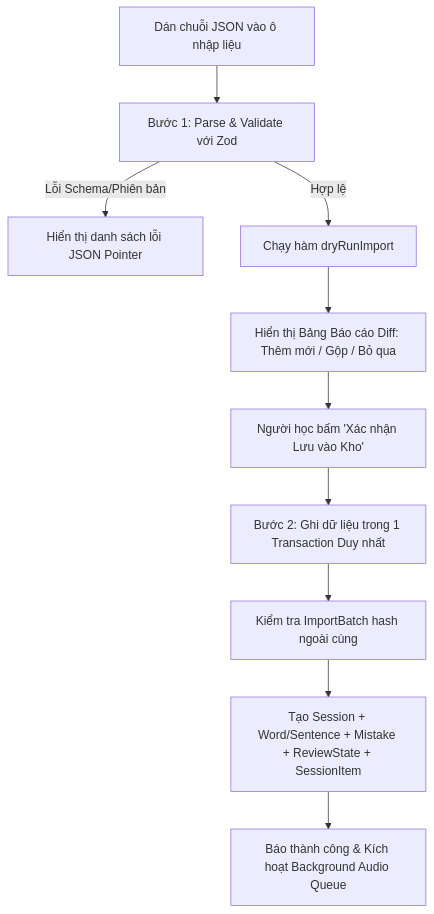
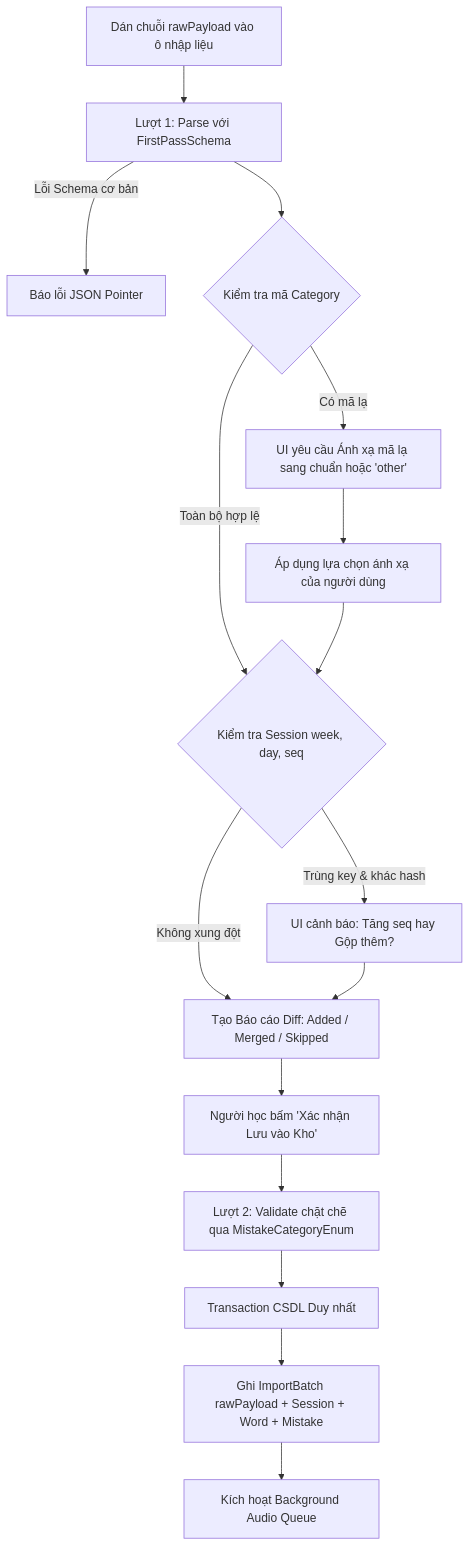
One commit to BLVCK-WIND/learn_languege_app changed the diagram in docs/IMPORT_SPEC.md. Above: the diagram before and after it, drawn with Mermaid. The commit also changed other lines of this file, not shown here.

Commit message:
docs: refine IMPORT_SPEC.md with two-pass Zod validation and session conflict rules

````diff
--- a/docs/IMPORT_SPEC.md
+++ b/docs/IMPORT_SPEC.md
@@ -160,14 +194,23 @@
 ```mermaid
 graph TD
-    PasteJSON[Dán chuỗi JSON vào ô nhập liệu] --> ParseZod[Bước 1: Parse & Validate với Zod]
-    ParseZod -->|Lỗi Schema/Phiên bản| ShowErrors[Hiển thị danh sách lỗi JSON Pointer]
-    ParseZod -->|Hợp lệ| RunDryRun[Chạy hàm dryRunImport]
+    InputRaw[Dán chuỗi rawPayload vào ô nhập liệu] --> FirstPass[Lượt 1: Parse với FirstPassSchema]
+    FirstPass -->|Lỗi Schema cơ bản| FailZod[Báo lỗi JSON Pointer]
+    FirstPass --> CheckCategory{Kiểm tra mã Category}
     
-    RunDryRun --> DiffReport[Hiển thị Bảng Báo cáo Diff: Thêm mới / Gộp / Bỏ qua]
-    DiffReport --> ConfirmBtn[Người học bấm 'Xác nhận Lưu vào Kho']
+    CheckCategory -->|Có mã lạ| PromptMapping[UI yêu cầu Ánh xạ mã lạ sang chuẩn hoặc 'other']
+    CheckCategory -->|Toàn bộ hợp lệ| CheckSessionConflict{Kiểm tra Session week, day, seq}
     
-    ConfirmBtn --> AtomicTx[Bước 2: Ghi dữ liệu trong 1 Transaction Duy nhất]
-    AtomicTx --> OuterCheck[Kiểm tra ImportBatch hash ngoài cùng]
-    OuterCheck --> SaveAll[Tạo Session + Word/Sentence + Mistake + ReviewState + SessionItem]
-    SaveAll --> SuccessUI[Báo thành công & Kích hoạt Background Audio Queue]
+    PromptMapping --> ApplyMapping[Áp dụng lựa chọn ánh xạ của người dùng]
+    ApplyMapping --> CheckSessionConflict
+    
+    CheckSessionConflict -->|Trùng key & khác hash| PromptSessionConflict[UI cảnh báo: Tăng seq hay Gộp thêm?]
+    CheckSessionConflict -->|Không xung đột| GenDiffReport[Tạo Báo cáo Diff: Added / Merged / Skipped]
+    
+    PromptSessionConflict --> GenDiffReport
+    GenDiffReport --> UserConfirm[Người học bấm 'Xác nhận Lưu vào Kho']
+    
+    UserConfirm --> SecondPass[Lượt 2: Validate chặt chẽ qua MistakeCategoryEnum]
+    SecondPass --> AtomicTx[Transaction CSDL Duy nhất]
+    AtomicTx --> SaveDB[Ghi ImportBatch rawPayload + Session + Word + Mistake]
+    SaveDB --> TriggerAudio[Kích hoạt Background Audio Queue]
 ```
````
